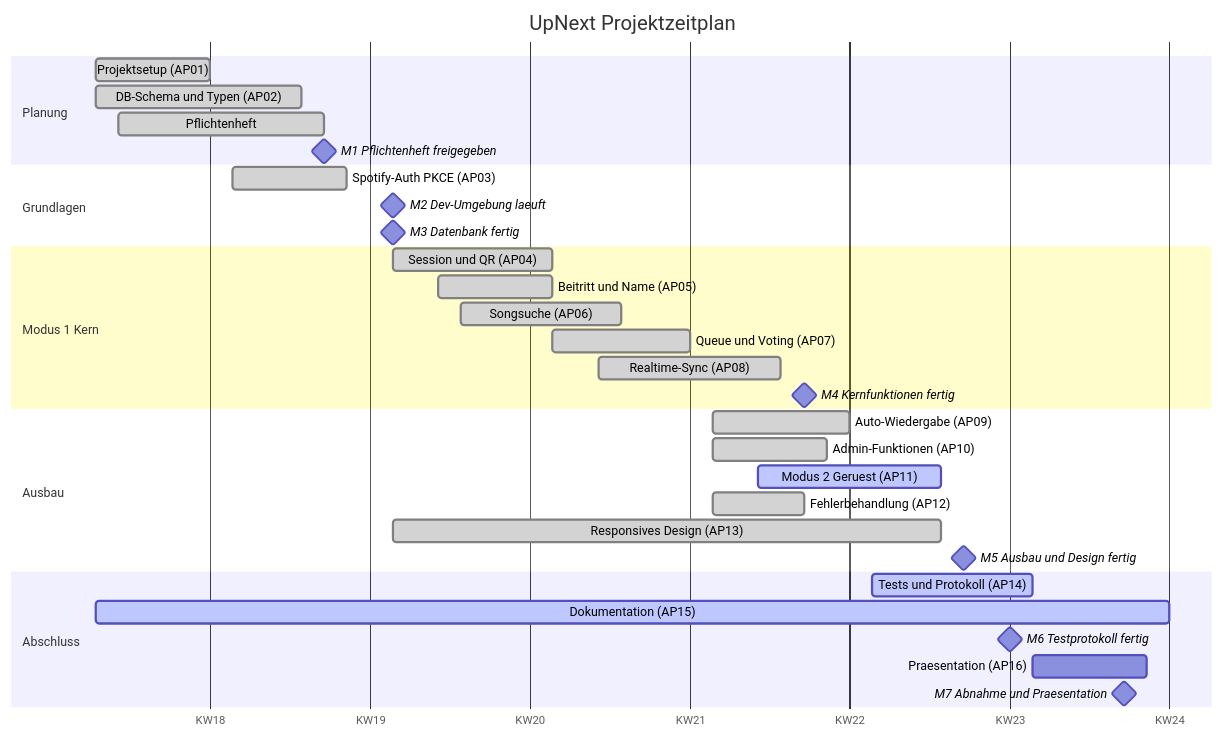
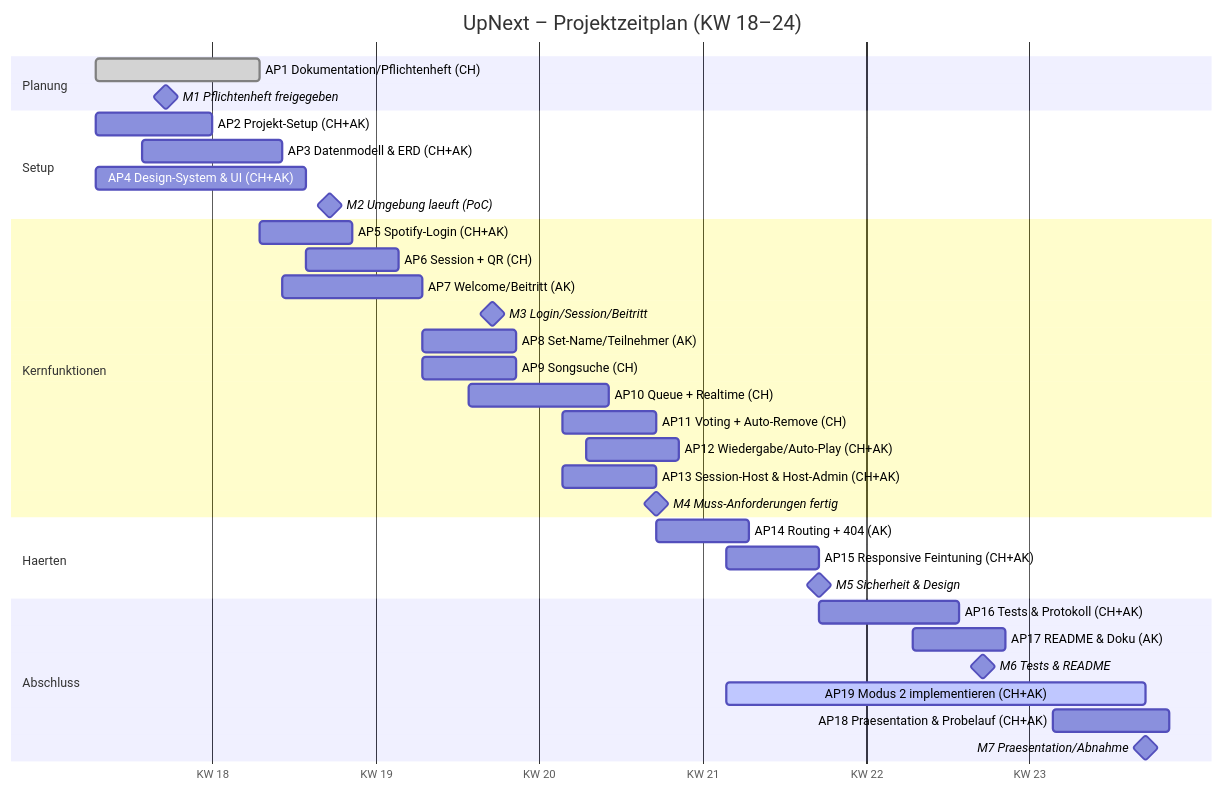
Before and after one commit to christian-hnl/UpNext: the diagram in Projektmanagment/05_gantt-diagramm.md, drawn with Mermaid. The commit also changed other lines of this file and 10 other files, not shown here.

````diff
--- a/Projektmanagment/05_gantt-diagramm.md
+++ b/Projektmanagment/05_gantt-diagramm.md
@@ -39,40 +82,42 @@
 ```mermaid
 gantt
-    title UpNext Projektzeitplan
-    dateFormat YYYY-MM-DD
-    axisFormat KW%V
+    title UpNext – Projektzeitplan (KW 18–24)
+    dateFormat  YYYY-MM-DD
+    axisFormat  KW %V
 
     section Planung
-    Projektsetup (AP01)            :done, a1, 2026-04-28, 5d
-    DB-Schema und Typen (AP02)     :done, a2, 2026-04-28, 9d
-    Pflichtenheft                  :done, a3, 2026-04-29, 9d
-    M1 Pflichtenheft freigegeben   :milestone, m1, 2026-05-08, 0d
+    AP1 Dokumentation/Pflichtenheft (CH)   :done, a1, 2026-04-28, 7d
+    M1 Pflichtenheft freigegeben           :milestone, m1, 2026-05-01, 0d
 
-    section Grundlagen
-    Spotify-Auth PKCE (AP03)       :done, b1, 2026-05-04, 5d
-    M2 Dev-Umgebung laeuft         :milestone, m2, 2026-05-11, 0d
-    M3 Datenbank fertig            :milestone, m3, 2026-05-11, 0d
+    section Setup
+    AP2 Projekt-Setup (CH+AK)              :a2, 2026-04-28, 5d
+    AP3 Datenmodell & ERD (CH+AK)          :a3, 2026-04-30, 6d
+    AP4 Design-System & UI (CH+AK)         :a4, 2026-04-28, 9d
+    M2 Umgebung laeuft (PoC)               :milestone, m2, 2026-05-08, 0d
 
-    section Modus 1 Kern
-    Session und QR (AP04)          :done, c1, 2026-05-11, 7d
-    Beitritt und Name (AP05)       :done, c2, 2026-05-13, 5d
-    Songsuche (AP06)               :done, c3, 2026-05-14, 7d
-    Queue und Voting (AP07)        :done, c4, 2026-05-18, 6d
-    Realtime-Sync (AP08)           :done, c5, 2026-05-20, 8d
-    M4 Kernfunktionen fertig       :milestone, m4, 2026-05-29, 0d
+    section Kernfunktionen
+    AP5 Spotify-Login (CH+AK)              :a5, 2026-05-05, 4d
+    AP6 Session + QR (CH)                  :a6, 2026-05-07, 4d
+    AP7 Welcome/Beitritt (AK)              :a7, 2026-05-06, 6d
+    M3 Login/Session/Beitritt             :milestone, m3, 2026-05-15, 0d
+    AP8 Set-Name/Teilnehmer (AK)           :a8, 2026-05-12, 4d
+    AP9 Songsuche (CH)                     :a9, 2026-05-12, 4d
+    AP10 Queue + Realtime (CH)             :a10, 2026-05-14, 6d
+    AP11 Voting + Auto-Remove (CH)         :a11, 2026-05-18, 4d
+    AP12 Wiedergabe/Auto-Play (CH+AK)      :a12, 2026-05-19, 4d
+    AP13 Session-Host & Host-Admin (CH+AK) :a13, 2026-05-18, 4d
+    M4 Muss-Anforderungen fertig          :milestone, m4, 2026-05-22, 0d
 
-    section Ausbau
-    Auto-Wiedergabe (AP09)         :done, d1, 2026-05-25, 6d
-    Admin-Funktionen (AP10)        :done, d2, 2026-05-25, 5d
-    Modus 2 Geruest (AP11)         :active, d3, 2026-05-27, 8d
-    Fehlerbehandlung (AP12)        :done, d4, 2026-05-25, 4d
-    Responsives Design (AP13)      :done, d5, 2026-05-11, 24d
-    M5 Ausbau und Design fertig    :milestone, m5, 2026-06-05, 0d
+    section Haerten
+    AP14 Routing + 404 (AK)                :a14, 2026-05-22, 4d
+    AP15 Responsive Feintuning (CH+AK)     :a15, 2026-05-25, 4d
+    M5 Sicherheit & Design                :milestone, m5, 2026-05-29, 0d
 
     section Abschluss
-    Tests und Protokoll (AP14)     :active, e1, 2026-06-01, 7d
-    Dokumentation (AP15)           :active, e2, 2026-04-28, 47d
-    M6 Testprotokoll fertig        :milestone, m6, 2026-06-07, 0d
-    Praesentation (AP16)           :f1, 2026-06-08, 5d
-    M7 Abnahme und Praesentation   :milestone, m7, 2026-06-12, 0d
+    AP16 Tests & Protokoll (CH+AK)         :a16, 2026-05-29, 6d
+    AP17 README & Doku (AK)                :a17, 2026-06-02, 4d
+    M6 Tests & README                     :milestone, m6, 2026-06-05, 0d
+    AP19 Modus 2 implementieren (CH+AK)    :active, a19, 2026-05-25, 18d
+    AP18 Praesentation & Probelauf (CH+AK) :a18, 2026-06-08, 5d
+    M7 Praesentation/Abnahme              :milestone, m7, 2026-06-12, 0d
 ```
````
